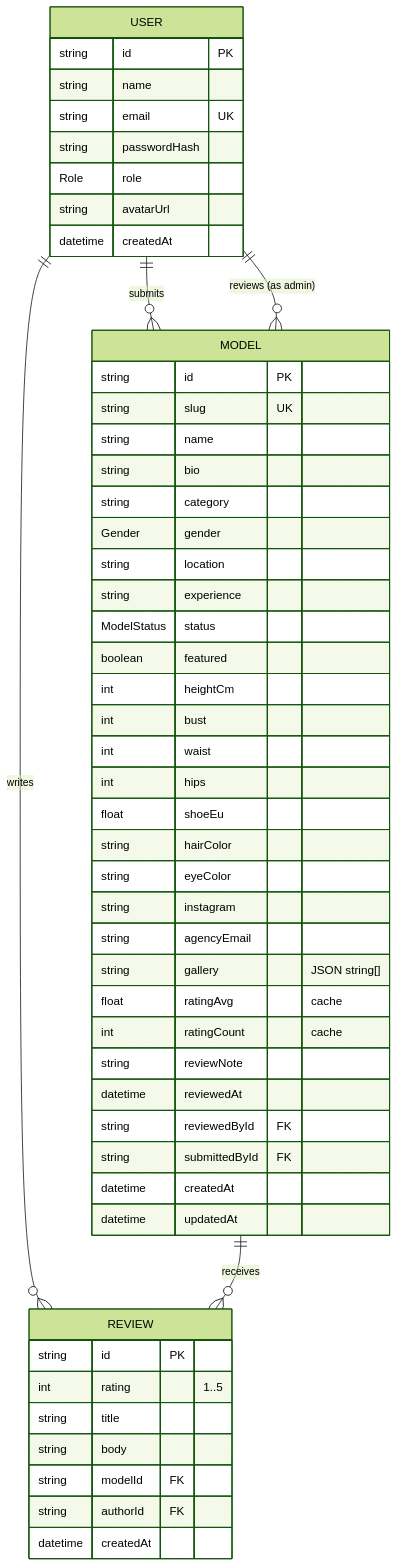
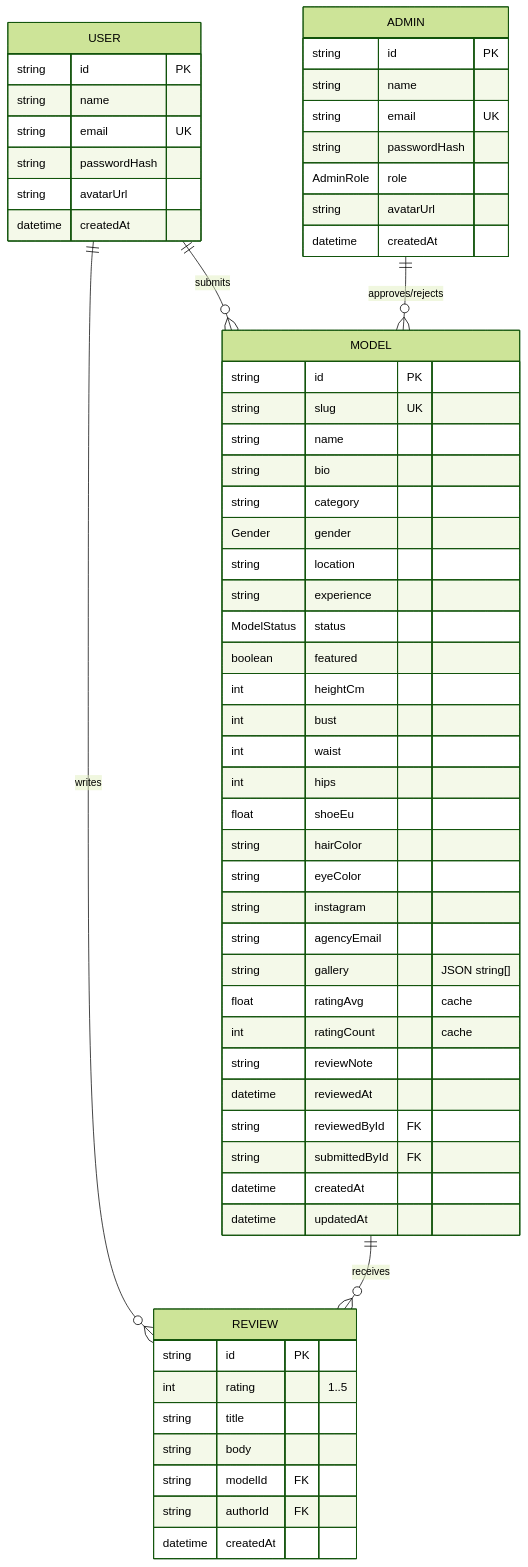
The diagram in docs/data-model.md (brijwanthjakhotia/model-hub), drawn with Mermaid (forest theme) before and after one commit. The commit also changed other lines of this file and 28 other files, not shown here.

````diff
--- a/docs/data-model.md
+++ b/docs/data-model.md
@@ -7,56 +12,64 @@
 ```mermaid
 erDiagram
-  USER ||--o{ MODEL  : "submits"
-  USER ||--o{ MODEL  : "reviews (as admin)"
-  USER ||--o{ REVIEW : "writes"
+  USER  ||--o{ MODEL  : "submits"
+  ADMIN ||--o{ MODEL  : "approves/rejects"
+  USER  ||--o{ REVIEW : "writes"
   MODEL ||--o{ REVIEW : "receives"
 
   USER {
     string id PK
     string name
     string email UK
     string passwordHash
-    Role   role
+    string avatarUrl
+    datetime createdAt
+  }
+  ADMIN {
+    string id PK
+    string name
+    string email UK
+    string passwordHash
+    AdminRole role
     string avatarUrl
     datetime createdAt
   }
   MODEL {
     string id PK
     string slug UK
     string name
     string bio
     string category
     Gender gender
     string location
     string experience
     ModelStatus status
     boolean featured
     int heightCm
     int bust
     int waist
     int hips
     float shoeEu
     string hairColor
     string eyeColor
     string instagram
     string agencyEmail
     string gallery "JSON string[]"
     float ratingAvg "cache"
     int ratingCount "cache"
     string reviewNote
     datetime reviewedAt
     string reviewedById FK
     string submittedById FK
     datetime createdAt
     datetime updatedAt
   }
   REVIEW {
     string id PK
     int rating "1..5"
     string title
     string body
     string modelId FK
     string authorId FK
     datetime createdAt
   }
 ```
````
